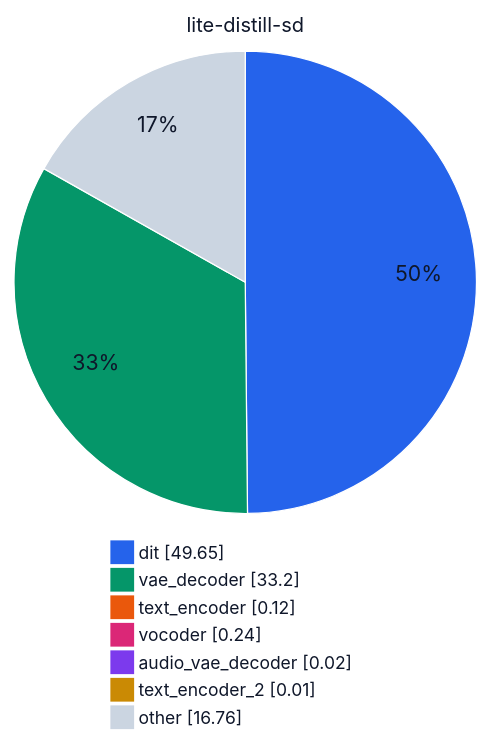
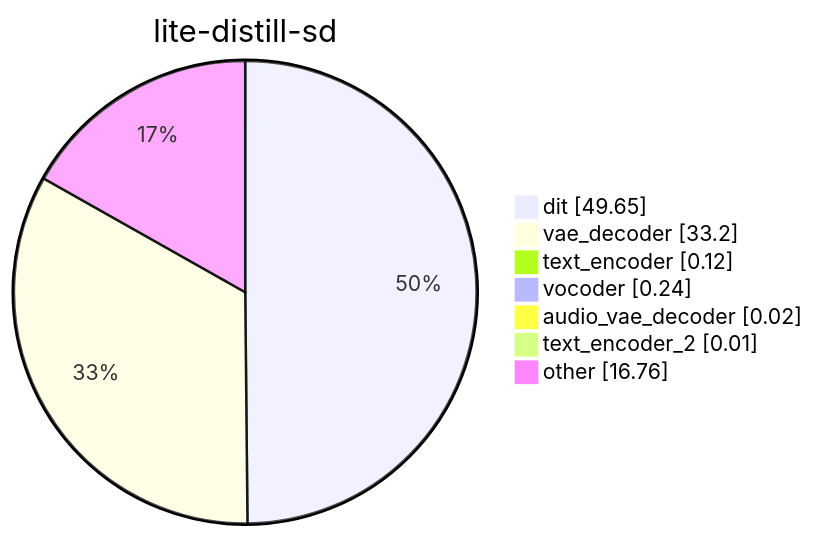
Before and after one commit to VilisovEvgeny/kandinsky-6: the first of 8 diagrams in docs/performance/h100.md, drawn with Mermaid. The commit also changed other lines of this file and 3 other files, not shown here.

````diff
--- a/docs/performance/h100.md
+++ b/docs/performance/h100.md
@@ -17,34 +13,11 @@
 ```mermaid
----
-config:
-  theme: base
-  pie:
-    legendPosition: bottom
-  themeVariables:
-    pieOpacity: 1
-    pieStrokeColor: "#ffffff"
-    pieStrokeWidth: "1px"
-    pieOuterStrokeColor: "#ffffff"
-    pieTitleTextSize: "16px"
-    pieTitleTextColor: "#0f172a"
-    pieLegendTextSize: "14px"
-    pieLegendTextColor: "#0f172a"
-    pieSectionTextColor: "#0f172a"
-    pie1: "#2563EB"
-    pie2: "#059669"
-    pie3: "#EA580C"
-    pie4: "#DB2777"
-    pie5: "#7C3AED"
-    pie6: "#CA8A04"
-    pie7: "#CBD5E1"
----
 pie showData
     title lite-distill-sd
     "dit" : 49.65
     "vae_decoder" : 33.20
     "text_encoder" : 0.12
     "vocoder" : 0.24
     "audio_vae_decoder" : 0.02
     "text_encoder_2" : 0.01
     "other" : 16.76
 ```
````
